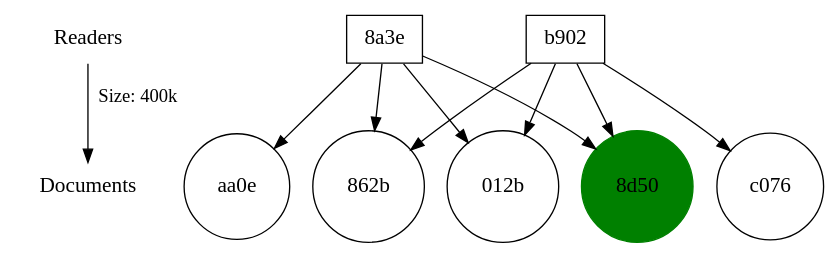
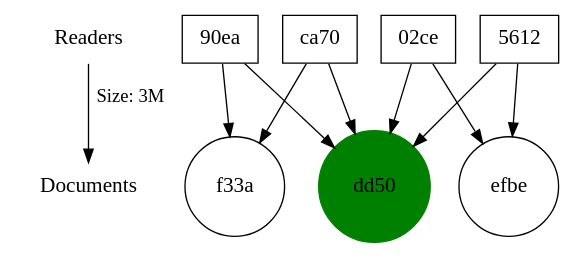
Before and after one commit to duncstin/F21SC_Coursework2: the diagram in test-output.gv, drawn with Graphviz. The commit also changed 16 other files, not shown here.

```diff
--- a/test-output.gv
+++ b/test-output.gv
@@ -1,29 +1,30 @@
 strict digraph "Also likes" {
 	node [fontsize=16 shape=plaintext]
 	r [label=Readers]
 	d [label=Documents]
-	r -> d [label="Size: 400k"]
-	"8d50" [label="8d50" color=green rank=d shape=circle style=filled]
-	"862b" [label="862b" rank=d shape=circle]
-	"8a3e" [label="8a3e" rank=r shape=box]
-	"8a3e" -> "862b"
-	"8a3e" -> "8d50"
-	b902 [label=b902 rank=r shape=box]
-	b902 -> "862b"
-	b902 -> "8d50"
-	"012b" [label="012b" rank=d shape=circle]
-	"8a3e" [label="8a3e" rank=r shape=box]
-	"8a3e" -> "012b"
-	"8a3e" -> "8d50"
-	b902 [label=b902 rank=r shape=box]
-	b902 -> "012b"
-	b902 -> "8d50"
-	aa0e [label=aa0e rank=d shape=circle]
-	"8a3e" [label="8a3e" rank=r shape=box]
-	"8a3e" -> aa0e
-	"8a3e" -> "8d50"
-	c076 [label=c076 rank=d shape=circle]
-	b902 [label=b902 rank=r shape=box]
-	b902 -> c076
-	b902 -> "8d50"
+	r -> d [label="Size: 3M"]
+	dd50 [label=dd50 color=green rank=d shape=circle style=filled]
+	f33a [label=f33a rank=d shape=circle]
+	ca70 [label=ca70 rank=r shape=box]
+	ca70 -> f33a
+	ca70 -> dd50
+	"90ea" [label="90ea" rank=r shape=box]
+	"90ea" -> f33a
+	"90ea" -> dd50
+	"90ea" [label="90ea" rank=r shape=box]
+	"90ea" -> f33a
+	"90ea" -> dd50
+	"90ea" [label="90ea" rank=r shape=box]
+	"90ea" -> f33a
+	"90ea" -> dd50
+	"90ea" [label="90ea" rank=r shape=box]
+	"90ea" -> f33a
+	"90ea" -> dd50
+	efbe [label=efbe rank=d shape=circle]
+	5612 [label=5612 rank=r shape=box]
+	5612 -> efbe
+	5612 -> dd50
+	"02ce" [label="02ce" rank=r shape=box]
+	"02ce" -> efbe
+	"02ce" -> dd50
 }
```
